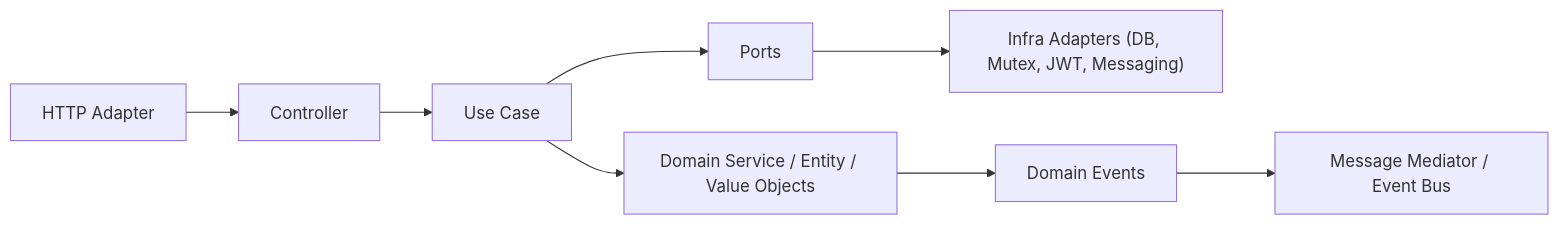
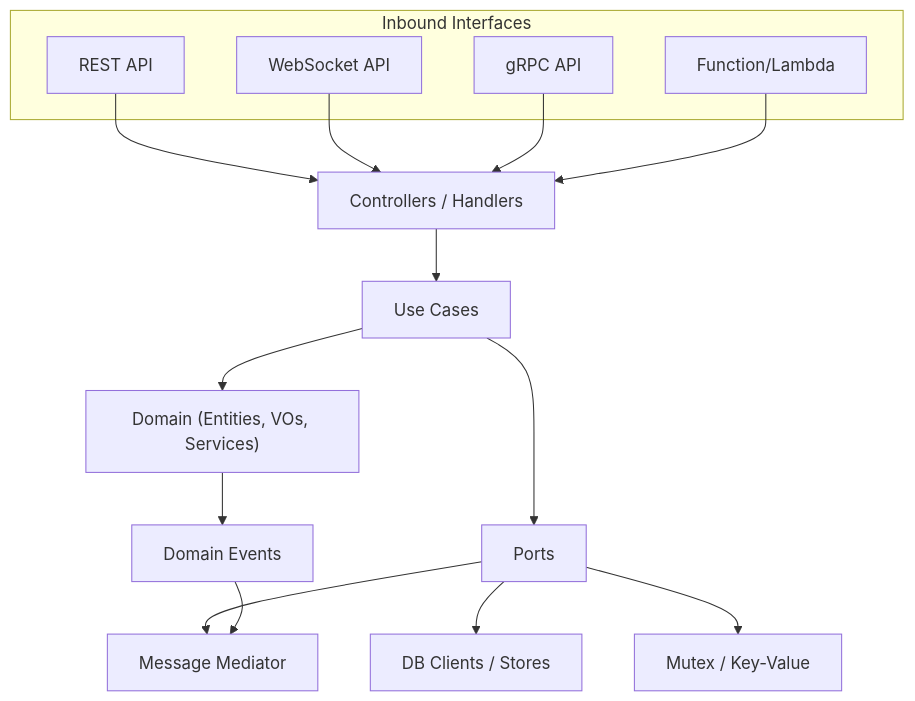
Before and after one commit to web2solutions/aaa-typescript-boilerplate: the first of 3 diagrams in README.md, drawn with Mermaid. The commit also changed other lines of this file and 28 other files, not shown here.

Commit message:
docs(adapters): add per-http and per-database implementation guides

````diff
--- a/README.md
+++ b/README.md
@@ -145,10 +296,24 @@
 ```mermaid
-flowchart LR
-  A["HTTP Adapter"] --> B["Controller"]
-  B --> C["Use Case"]
-  C --> D["Domain Service / Entity / Value Objects"]
-  C --> E["Ports"]
-  E --> F["Infra Adapters (DB, Mutex, JWT, Messaging)"]
-  D --> G["Domain Events"]
-  G --> H["Message Mediator / Event Bus"]
+flowchart TB
+  subgraph "Inbound Interfaces"
+    REST["REST API"]
+    WS["WebSocket API"]
+    GRPC["gRPC API"]
+    FN["Function/Lambda"]
+  end
+
+  REST --> CTRL["Controllers / Handlers"]
+  WS --> CTRL
+  GRPC --> CTRL
+  FN --> CTRL
+
+  CTRL --> UC["Use Cases"]
+  UC --> DOMAIN["Domain (Entities, VOs, Services)"]
+  UC --> PORTS["Ports"]
+
+  PORTS --> DB["DB Clients / Stores"]
+  PORTS --> KVS["Mutex / Key-Value"]
+  PORTS --> MED["Message Mediator"]
+  DOMAIN --> EVENTS["Domain Events"]
+  EVENTS --> MED
 ```
````
